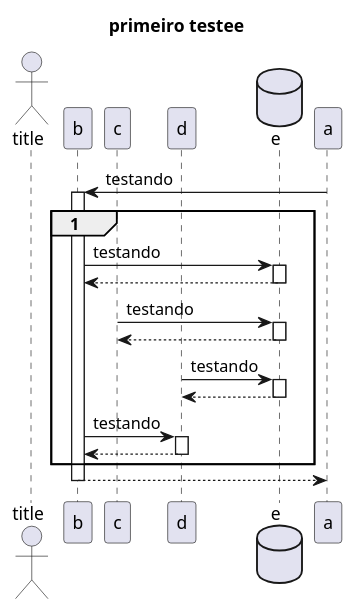
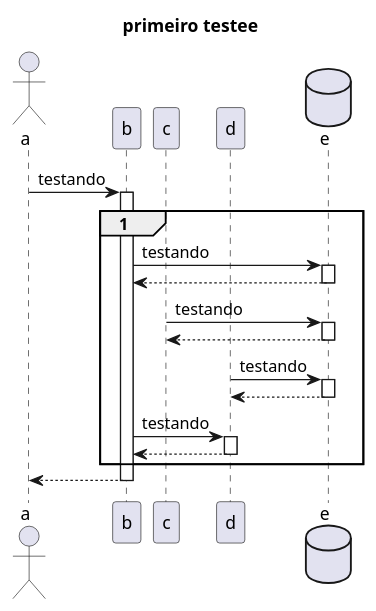
The diagram in docs/diagram/other.puml (lipefebn/spotify-crud), drawn with PlantUML before and after one commit. The commit also changed 1 other file, not shown here.

```diff
--- a/docs/diagram/other.puml
+++ b/docs/diagram/other.puml
@@ -1,24 +1,24 @@
 @startuml
 
 title primeiro testee
 
-actor title
+actor a
 participant b
 participant c
 participant d
 database    e
 
 a -> b ++ : testando
 group 1
     b -> e ++ : testando
     return
     c -> e ++ : testando
     return
     d -> e ++ : testando
     return
     b -> d ++ : testando
     return
 end
 return
 
 @enduml
```
